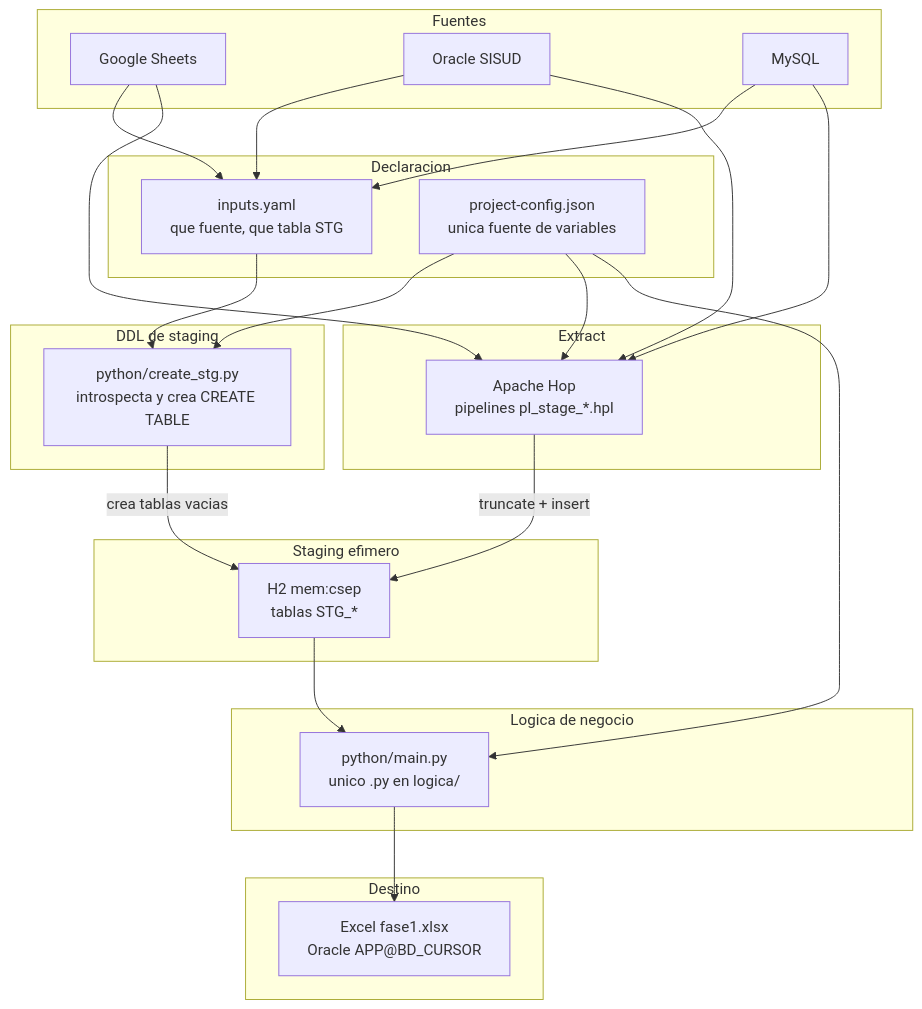
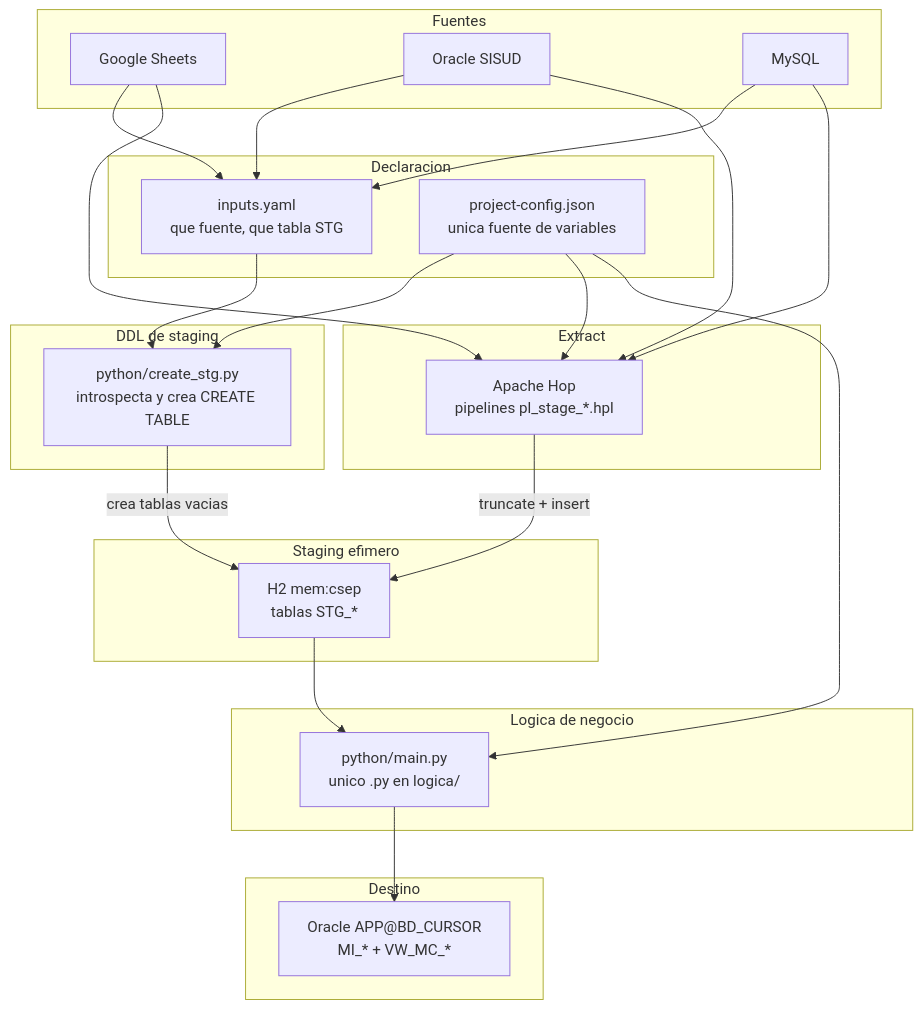
Before and after one commit to nwodevops/multa_informes_etl: the first of 4 diagrams in docs/arquitectura.md, drawn with Mermaid. The commit also changed other lines of this file and 37 other files, not shown here.

````diff
--- a/docs/arquitectura.md
+++ b/docs/arquitectura.md
@@ -17,48 +16,48 @@
 ```mermaid
 flowchart TB
   subgraph fuentes [Fuentes]
     GS["Google Sheets"]
     ORA["Oracle SISUD"]
     MY["MySQL"]
   end
 
   subgraph declaracion [Declaracion]
     YAML["inputs.yaml<br/>que fuente, que tabla STG"]
     PCFG["project-config.json<br/>unica fuente de variables"]
   end
 
   subgraph ddl [DDL de staging]
     PY["python/create_stg.py<br/>introspecta y crea CREATE TABLE"]
   end
 
   subgraph extract [Extract]
     HOP["Apache Hop<br/>pipelines pl_stage_*.hpl"]
   end
 
   subgraph staging [Staging efimero]
     H2["H2 mem:csep<br/>tablas STG_*"]
   end
 
   subgraph logica [Logica de negocio]
     PYL["python/main.py<br/>unico .py en logica/"]
   end
 
   subgraph destino [Destino]
-    OUT["Excel fase1.xlsx<br/>Oracle APP@BD_CURSOR"]
+    OUT["Oracle APP@BD_CURSOR<br/>MI_* + VW_MC_*"]
   end
 
   GS --> YAML
   ORA --> YAML
   MY --> YAML
   YAML --> PY
   PCFG --> PY
   PY -->|"crea tablas vacias"| H2
   GS --> HOP
   ORA --> HOP
   MY --> HOP
   PCFG --> HOP
   HOP -->|"truncate + insert"| H2
   H2 --> PYL
   PCFG --> PYL
   PYL --> OUT
 ```
````
